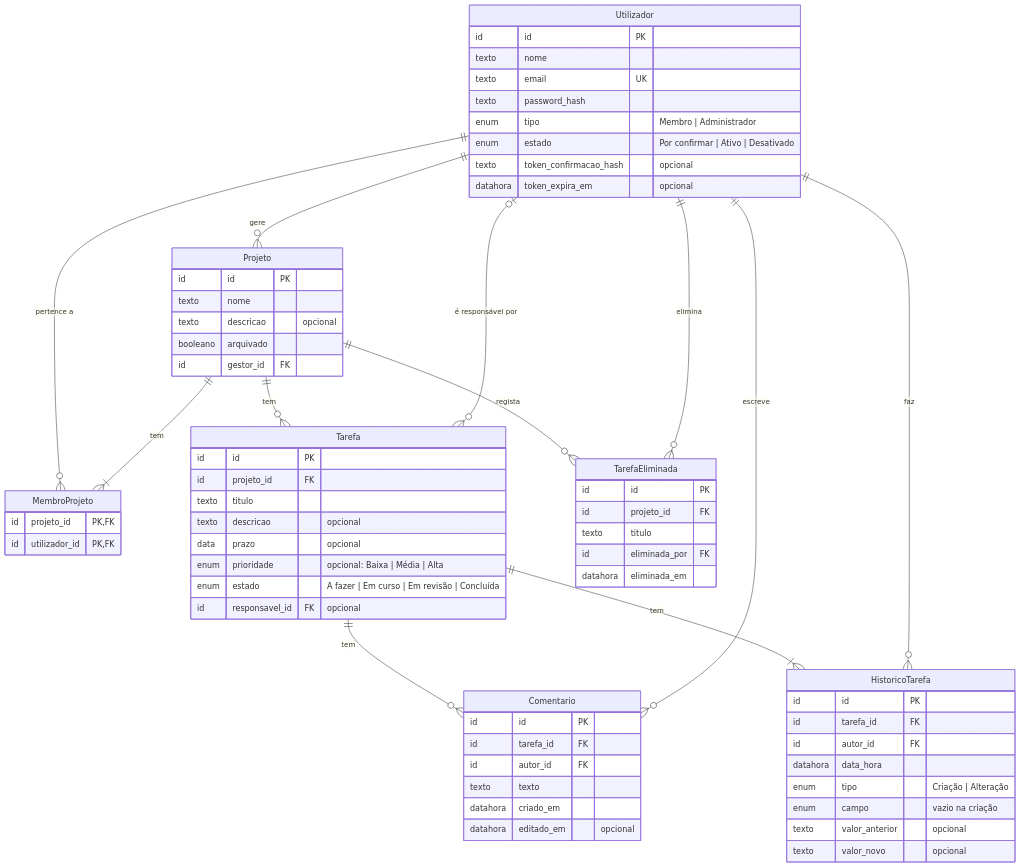
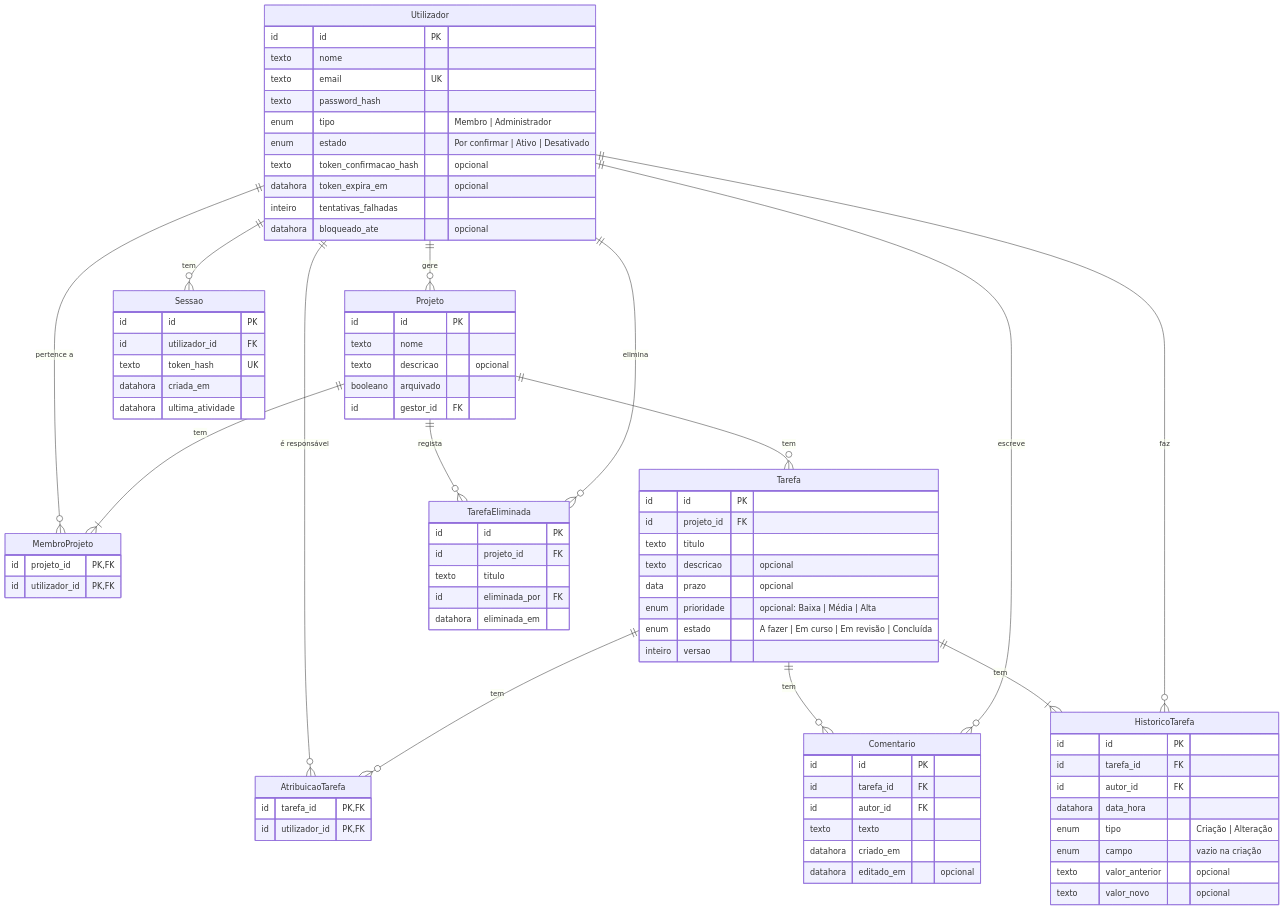
The diagram in docs/database.md (jmariz-costa/ESMAD-Matriz), drawn with Mermaid before and after one commit. The commit also changed other lines of this file and 14 other files, not shown here.

````diff
--- a/docs/database.md
+++ b/docs/database.md
@@ -140,13 +170,15 @@
     Utilizador ||--o{ MembroProjeto : "pertence a"
     Projeto ||--|{ MembroProjeto : "tem"
     Projeto ||--o{ Tarefa : "tem"
-    Utilizador |o--o{ Tarefa : "é responsável por"
+    Utilizador ||--o{ AtribuicaoTarefa : "é responsável"
+    Tarefa ||--o{ AtribuicaoTarefa : "tem"
     Tarefa ||--o{ Comentario : "tem"
     Utilizador ||--o{ Comentario : "escreve"
     Tarefa ||--|{ HistoricoTarefa : "tem"
     Utilizador ||--o{ HistoricoTarefa : "faz"
     Projeto ||--o{ TarefaEliminada : "regista"
     Utilizador ||--o{ TarefaEliminada : "elimina"
+    Utilizador ||--o{ Sessao : "tem"
 
     Utilizador {
         id id PK
@@ -157,6 +189,8 @@
         enum estado "Por confirmar | Ativo | Desativado"
         texto token_confirmacao_hash "opcional"
         datahora token_expira_em "opcional"
+        inteiro tentativas_falhadas
+        datahora bloqueado_ate "opcional"
     }
 
     Projeto {
@@ -180,7 +214,12 @@
         data prazo "opcional"
         enum prioridade "opcional: Baixa | Média | Alta"
         enum estado "A fazer | Em curso | Em revisão | Concluída"
-        id responsavel_id FK "opcional"
+        inteiro versao
+    }
+
+    AtribuicaoTarefa {
+        id tarefa_id PK, FK
+        id utilizador_id PK, FK
     }
 
     Comentario {
@@ -210,4 +249,12 @@
         id eliminada_por FK
         datahora eliminada_em
     }
+
+    Sessao {
+        id id PK
+        id utilizador_id FK
+        texto token_hash UK
+        datahora criada_em
+        datahora ultima_atividade
+    }
 ```
````
